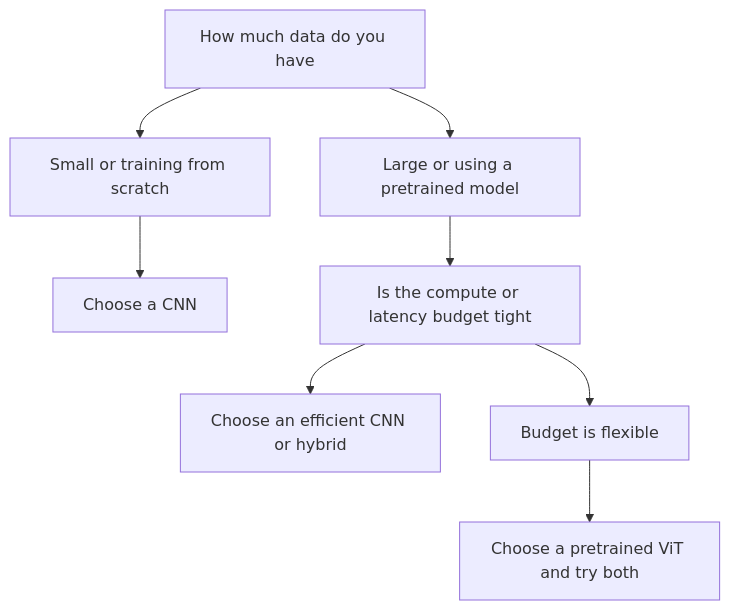
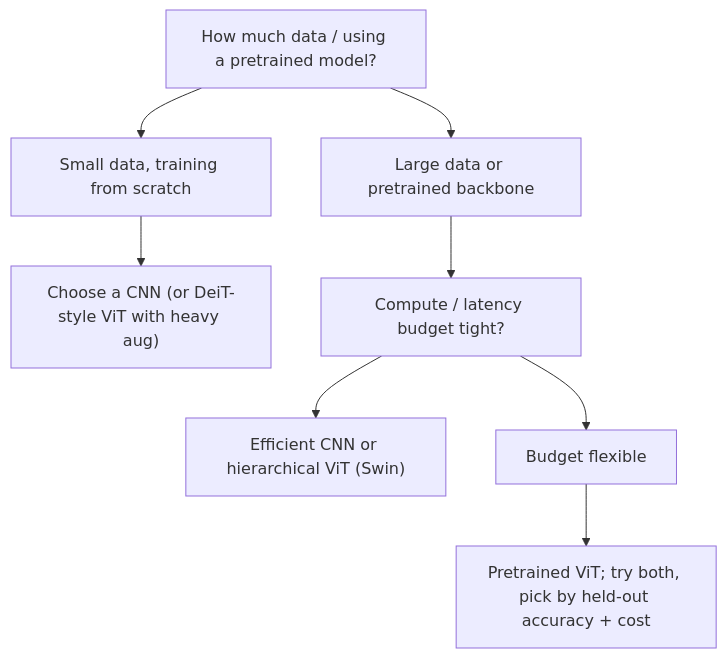
The diagram in curriculum/week-10-vision-transformers/lecture-notes/03-vit-vs-cnn.md (CODECRUNCHWORLDWIDE/C56-CRUNCH-VISION), drawn with Mermaid before and after one commit. The commit also changed other lines of this file and 254 other files, not shown here.

Commit message:
docs: add diagrams + sync content from curriculum source

````diff
--- a/curriculum/week-10-vision-transformers/lecture-notes/03-vit-vs-cnn.md
+++ b/curriculum/week-10-vision-transformers/lecture-notes/03-vit-vs-cnn.md
@@ -35,10 +72,10 @@
 ```mermaid
 flowchart TD
-  A["How much data do you have"] --> B["Small or training from scratch"]
-  A --> C["Large or using a pretrained model"]
-  B --> D["Choose a CNN"]
-  C --> E["Is the compute or latency budget tight"]
-  E --> F["Choose an efficient CNN or hybrid"]
-  E --> G["Budget is flexible"]
-  G --> H["Choose a pretrained ViT and try both"]
+  A["How much data / using a pretrained model?"] --> B["Small data, training from scratch"]
+  A --> C["Large data or pretrained backbone"]
+  B --> D["Choose a CNN (or DeiT-style ViT with heavy aug)"]
+  C --> E["Compute / latency budget tight?"]
+  E --> F["Efficient CNN or hierarchical ViT (Swin)"]
+  E --> G["Budget flexible"]
+  G --> H["Pretrained ViT; try both, pick by held-out accuracy + cost"]
 ```
````
